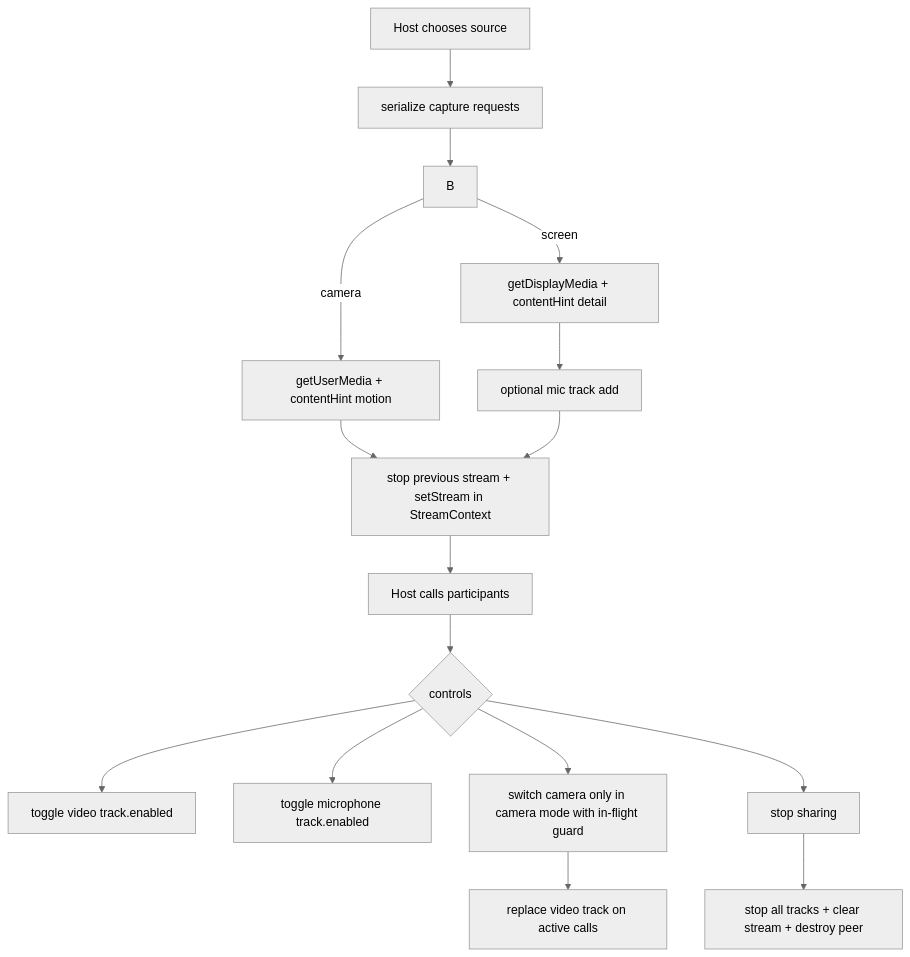
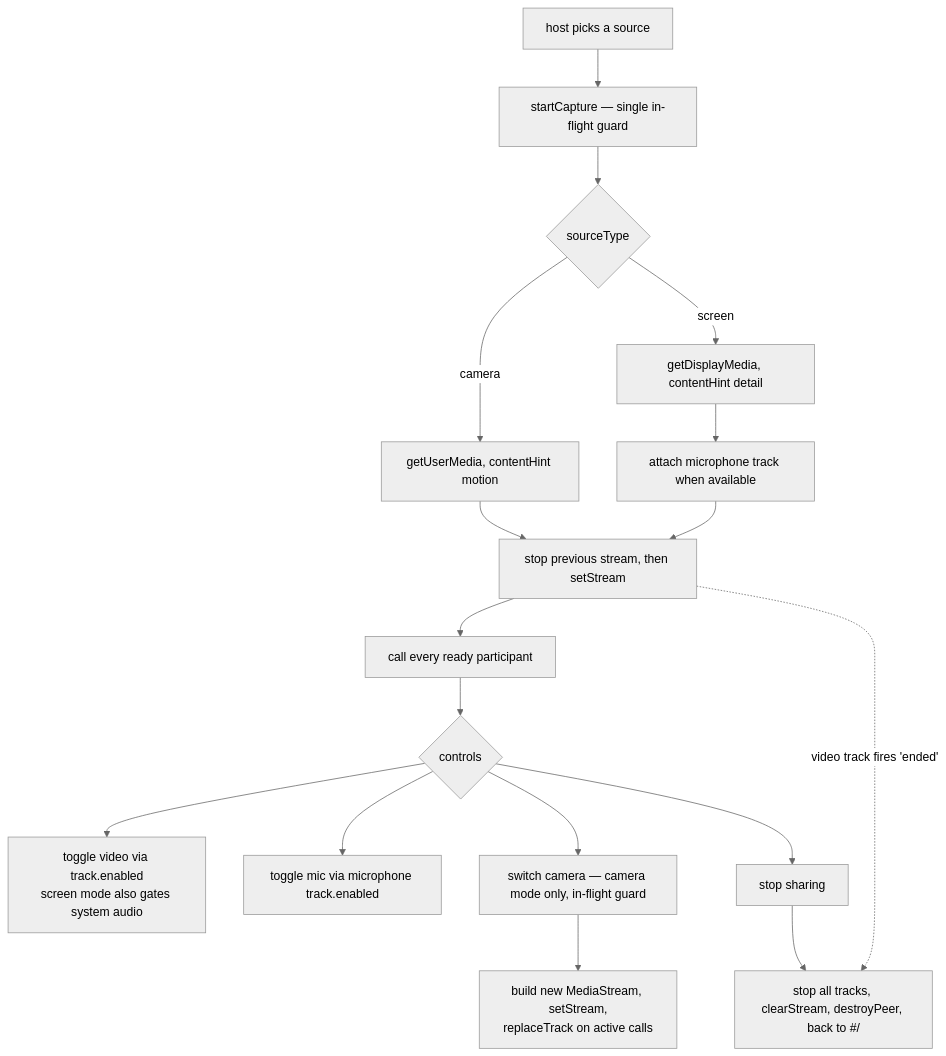
Before and after one commit to BackGwa/Perspective: the fifth of 8 diagrams in ARCHITECTURE.md, drawn with Mermaid (neutral theme). The commit also changed other lines of this file, not shown here.

First line of the commit message:
docs(architecture): correct diagrams and add state machines

````diff
--- a/ARCHITECTURE.md
+++ b/ARCHITECTURE.md
@@ -119,18 +149,19 @@
 ```mermaid
 flowchart TD
-    A[Host chooses source] --> A1[serialize capture requests]
-    A1 --> B
-    B -->|camera| C[getUserMedia + contentHint motion]
-    B -->|screen| D[getDisplayMedia + contentHint detail]
-    D --> E[optional mic track add]
-    C --> F[stop previous stream + setStream in StreamContext]
-    E --> F
-    F --> G[Host calls participants]
-    G --> H{controls}
-    H --> I[toggle video track.enabled]
-    H --> J[toggle microphone track.enabled]
-    H --> K[switch camera only in camera mode with in-flight guard]
-    K --> K1[replace video track on active calls]
-    H --> L[stop sharing]
-    L --> M[stop all tracks + clear stream + destroy peer]
+    A["host picks a source"] --> B["startCapture — single in-flight guard"]
+    B --> C{"sourceType"}
+    C -->|camera| D["getUserMedia, contentHint motion"]
+    C -->|screen| E["getDisplayMedia, contentHint detail"]
+    E --> F["attach microphone track when available"]
+    D --> G["stop previous stream, then setStream"]
+    F --> G
+    G --> H["call every ready participant"]
+    H --> I{"controls"}
+    I --> I1["toggle video via track.enabled<br/>screen mode also gates system audio"]
+    I --> I2["toggle mic via microphone track.enabled"]
+    I --> I3["switch camera — camera mode only, in-flight guard"]
+    I3 --> I4["build new MediaStream, setStream,<br/>replaceTrack on active calls"]
+    I --> I5["stop sharing"]
+    I5 --> Z["stop all tracks, clearStream, destroyPeer, back to #/"]
+    G -.->|"video track fires 'ended'"| Z
 ```
````
